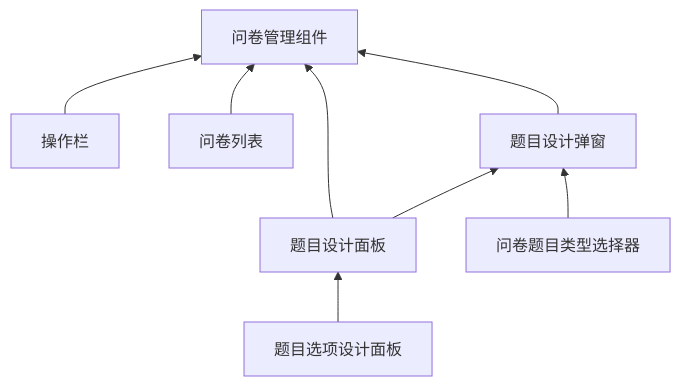
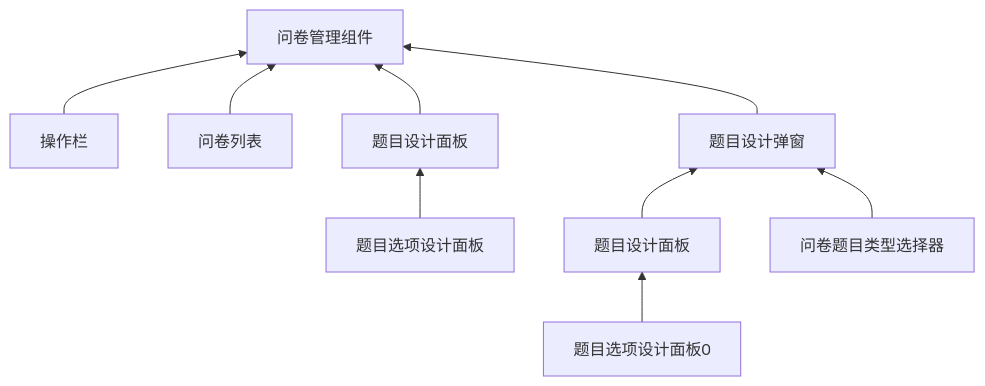
The diagram in src/components/QuestionnaireManager/README.md (DanceSky720/v3_vite_admin-master), drawn with Mermaid before and after one commit. The commit also changed other lines of this file, not shown here.

````diff
--- a/src/components/QuestionnaireManager/README.md
+++ b/src/components/QuestionnaireManager/README.md
@@ -44,13 +44,14 @@
 ```mermaid
 graph BT
 
-    题目选项设计面板 --> qd[题目设计面板]
+    题目选项设计面板0 --> qd[题目设计面板]
     qd --> dialog[题目设计弹窗]
     问卷题目类型选择器 -->dialog
 
+    题目选项设计面板 -->题目设计面板
     操作栏 --> manager[问卷管理组件]
     问卷列表 --> manager
-    qd --> manager
+    题目设计面板 --> manager
     dialog --> manager
 
 ```
````
